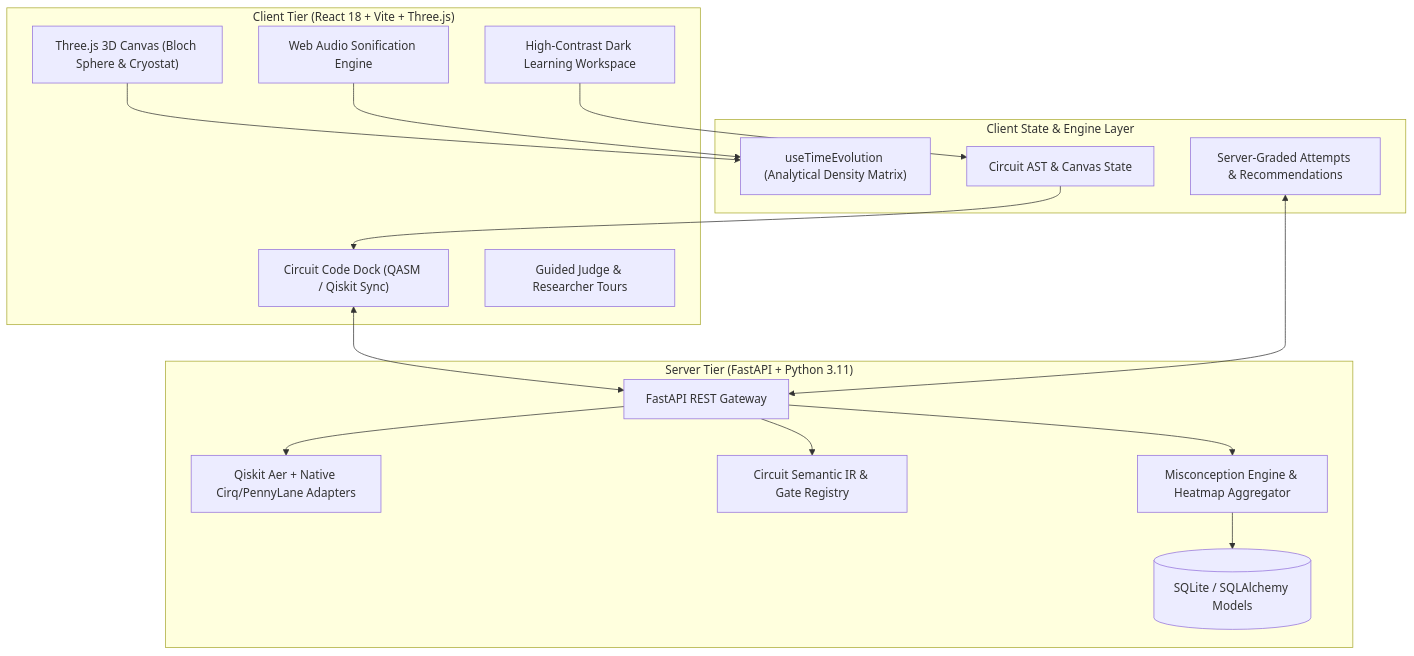
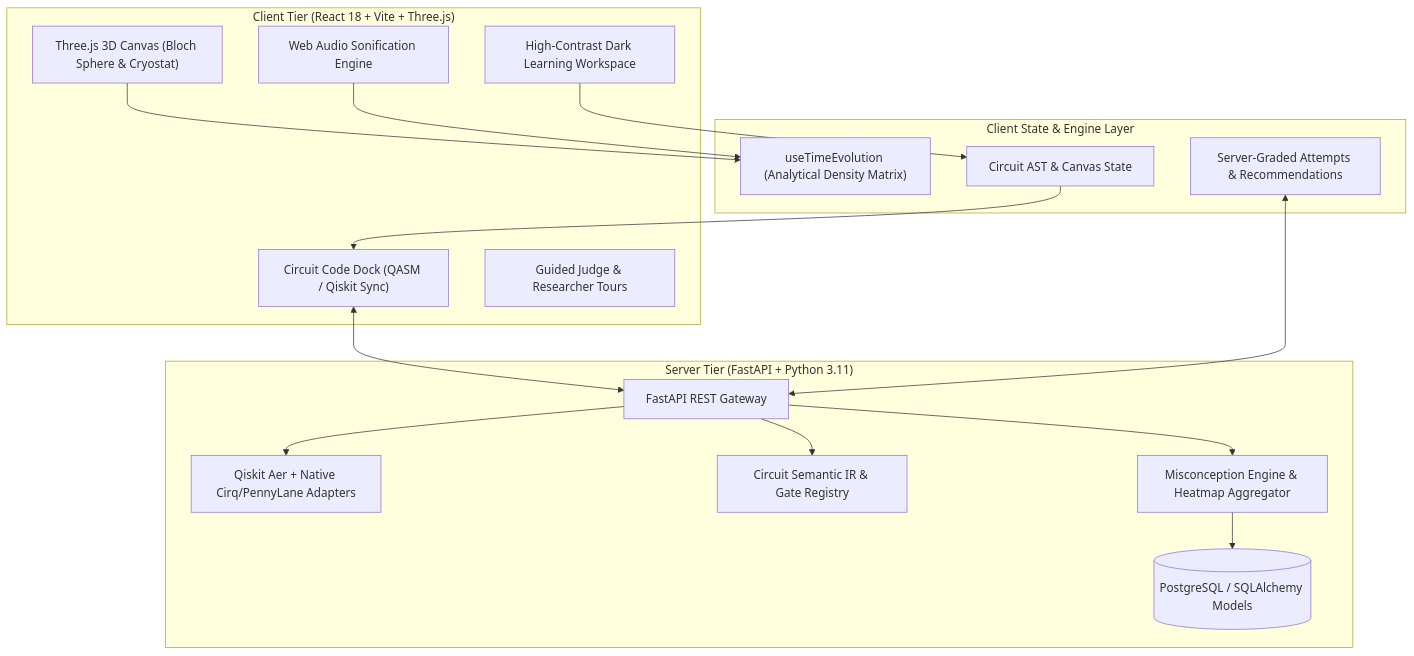
The diagram in README.md (NVNAGATHARUN/quantum-fragility-playground), drawn with Mermaid before and after one commit. The commit also changed other lines of this file and 9 other files, not shown here.

````diff
--- a/README.md
+++ b/README.md
@@ -125,35 +125,35 @@
 ```mermaid
 flowchart TB
     subgraph Client ["Client Tier (React 18 + Vite + Three.js)"]
         UI["High-Contrast Dark Learning Workspace"]
         Three["Three.js 3D Canvas (Bloch Sphere & Cryostat)"]
         Dock["Circuit Code Dock (QASM / Qiskit Sync)"]
         Audio["Web Audio Sonification Engine"]
         Tour["Guided Judge & Researcher Tours"]
     end
 
     subgraph State ["Client State & Engine Layer"]
         SimHook["useTimeEvolution (Analytical Density Matrix)"]
         Mastery["Server-Graded Attempts & Recommendations"]
         StudioState["Circuit AST & Canvas State"]
     end
 
     subgraph Backend ["Server Tier (FastAPI + Python 3.11)"]
         API["FastAPI REST Gateway"]
         QiskitSim["Qiskit Aer + Native Cirq/PennyLane Adapters"]
         IRValidator["Circuit Semantic IR & Gate Registry"]
         Pedagogy["Misconception Engine & Heatmap Aggregator"]
-        DB[(SQLite / SQLAlchemy Models)]
+        DB[(PostgreSQL / SQLAlchemy Models)]
     end
 
     UI --> StudioState
     Three --> SimHook
     Audio --> SimHook
     StudioState --> Dock
     Dock <--> API
     API --> IRValidator
     API --> QiskitSim
     API --> Pedagogy
     Pedagogy --> DB
     Mastery <--> API
 ```
````
